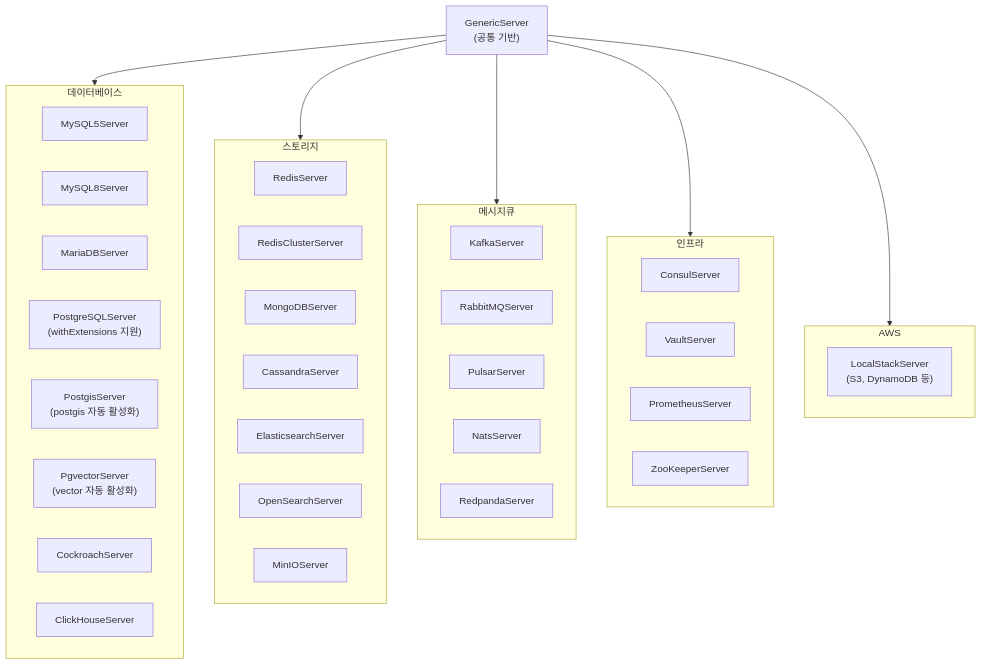
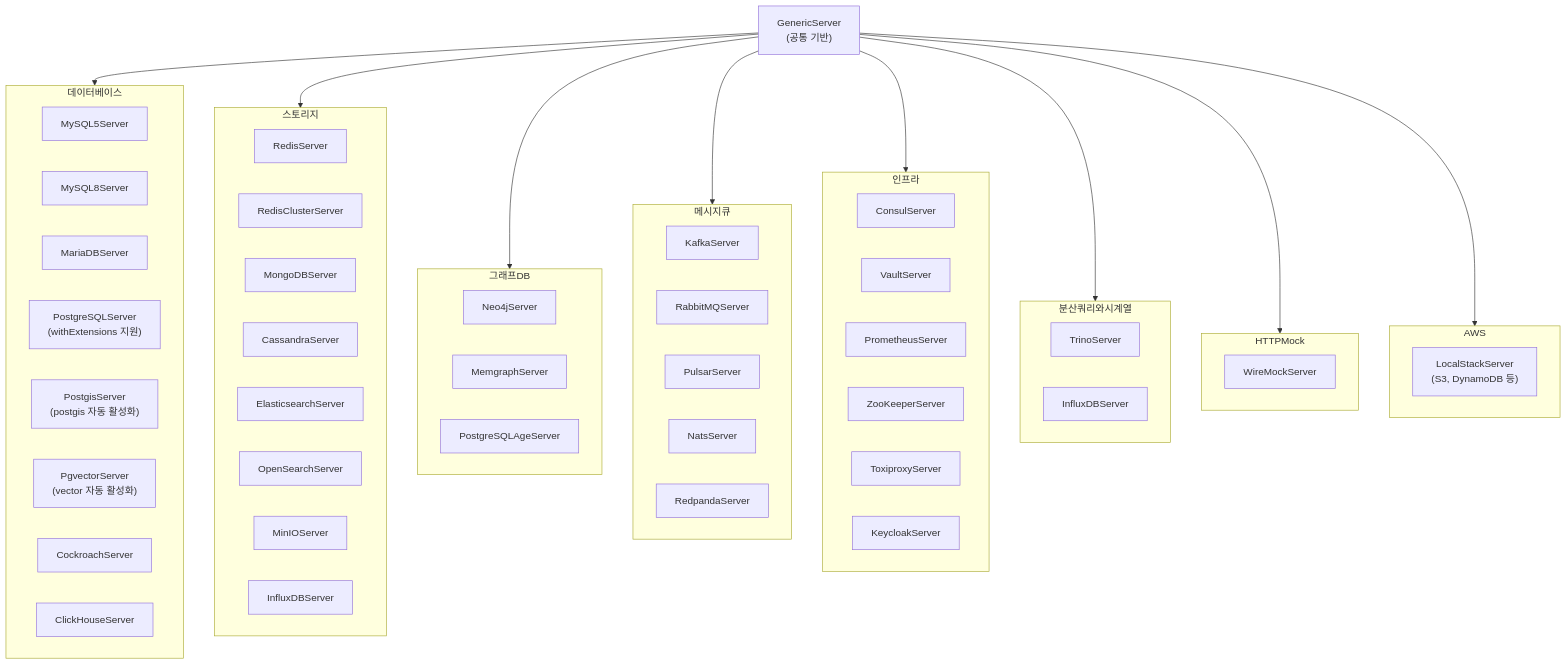
One commit to bluetape4k/bluetape4k-projects changed the third of 3 diagrams in testing/testcontainers/README.md. Above: the diagram before and after it, drawn with Mermaid. The commit also changed other lines of this file and 26 other files, not shown here.

First line of the commit message:
feat: testcontainers 신규 Server 8개 추가 (Neo4j/Memgraph/PostgreSQLAge/Toxiproxy/Trino/WireMock/Keycloak/InfluxDB)

````diff
--- a/testing/testcontainers/README.md
+++ b/testing/testcontainers/README.md
@@ -232,50 +319,71 @@
 ```mermaid
 flowchart TD
     GS["GenericServer<br/>(공통 기반)"]
 
     subgraph 데이터베이스
         MY5["MySQL5Server"]
         MY8["MySQL8Server"]
         MA["MariaDBServer"]
         PG["PostgreSQLServer<br/>(withExtensions 지원)"]
         PGS["PostgisServer<br/>(postgis 자동 활성화)"]
         PGV["PgvectorServer<br/>(vector 자동 활성화)"]
         CR["CockroachServer"]
         CH["ClickHouseServer"]
     end
 
     subgraph 스토리지
         RD["RedisServer"]
         RDC["RedisClusterServer"]
         MG["MongoDBServer"]
         CS["CassandraServer"]
         ES["ElasticsearchServer"]
         OS["OpenSearchServer"]
         MN["MinIOServer"]
+        IFL["InfluxDBServer"]
+    end
+
+    subgraph 그래프DB
+        NJ["Neo4jServer"]
+        MG2["MemgraphServer"]
+        PA["PostgreSQLAgeServer"]
     end
 
     subgraph 메시지큐
         KF["KafkaServer"]
         RB["RabbitMQServer"]
         PL["PulsarServer"]
         NT["NatsServer"]
         RP["RedpandaServer"]
     end
 
     subgraph 인프라
         CN["ConsulServer"]
         VT["VaultServer"]
         PR["PrometheusServer"]
         ZK["ZooKeeperServer"]
+        TX["ToxiproxyServer"]
+        KC["KeycloakServer"]
+    end
+
+    subgraph 분산쿼리와시계열
+        TR["TrinoServer"]
+        IDB["InfluxDBServer"]
+    end
+
+    subgraph HTTPMock
+        WM["WireMockServer"]
     end
 
     subgraph AWS
         LS["LocalStackServer<br/>(S3, DynamoDB 등)"]
     end
 
     GS --> 데이터베이스
     GS --> 스토리지
+    GS --> 그래프DB
     GS --> 메시지큐
     GS --> 인프라
+    GS --> 분산쿼리와시계열
+    GS --> HTTPMock
     GS --> AWS
 ```
````
